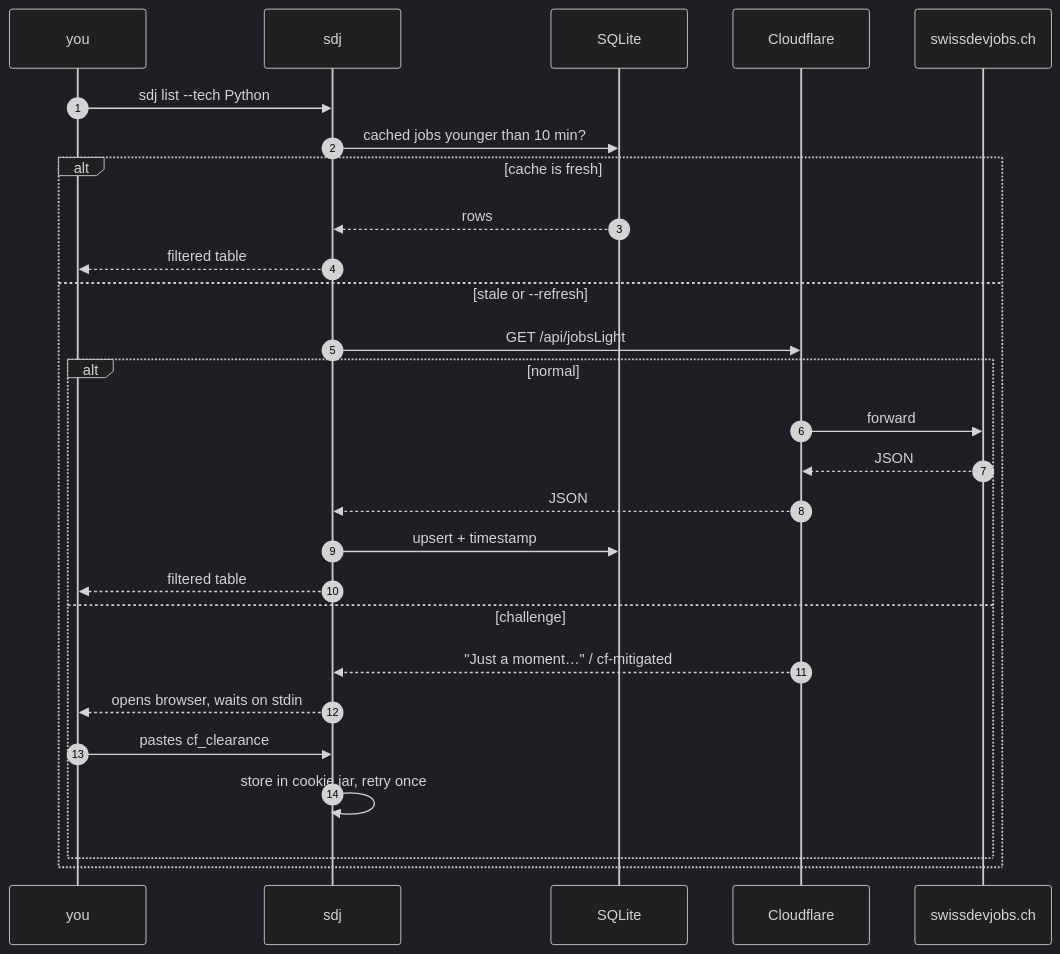
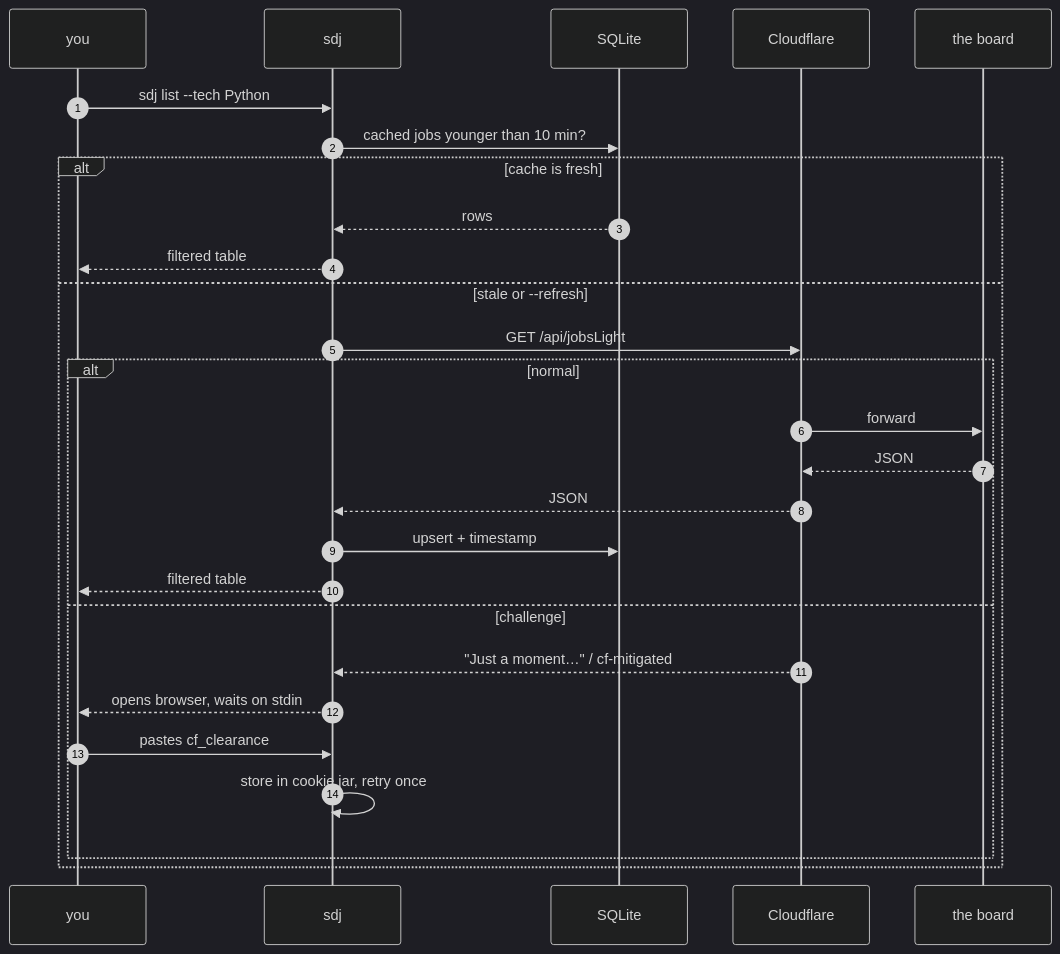
Before and after one commit to Stupidoodle/swissdevjobs-cli: the sixth of 7 diagrams in README.md, drawn with Mermaid (dark theme). The commit also changed other lines of this file and 5 other files, not shown here.

````diff
--- a/README.md
+++ b/README.md
@@ -503,30 +558,30 @@
 ```mermaid
 sequenceDiagram
     autonumber
     participant U as you
     participant CLI as sdj
     participant DB as SQLite
     participant CF as Cloudflare
-    participant API as swissdevjobs.ch
+    participant API as the board
 
     U->>CLI: sdj list --tech Python
     CLI->>DB: cached jobs younger than 10 min?
     alt cache is fresh
         DB-->>CLI: rows
         CLI-->>U: filtered table
     else stale or --refresh
         CLI->>CF: GET /api/jobsLight
         alt normal
             CF->>API: forward
             API-->>CF: JSON
             CF-->>CLI: JSON
             CLI->>DB: upsert + timestamp
             CLI-->>U: filtered table
         else challenge
             CF-->>CLI: "Just a moment…" / cf-mitigated
             CLI-->>U: opens browser, waits on stdin
             U->>CLI: pastes cf_clearance
             CLI->>CLI: store in cookie jar, retry once
         end
     end
 ```
````
